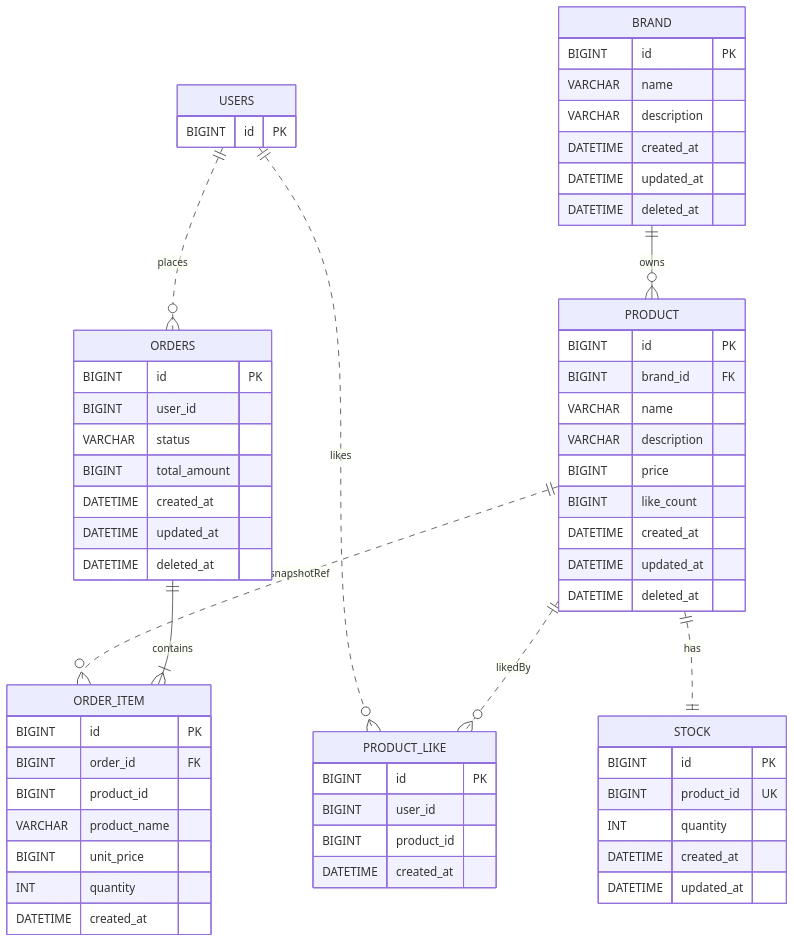
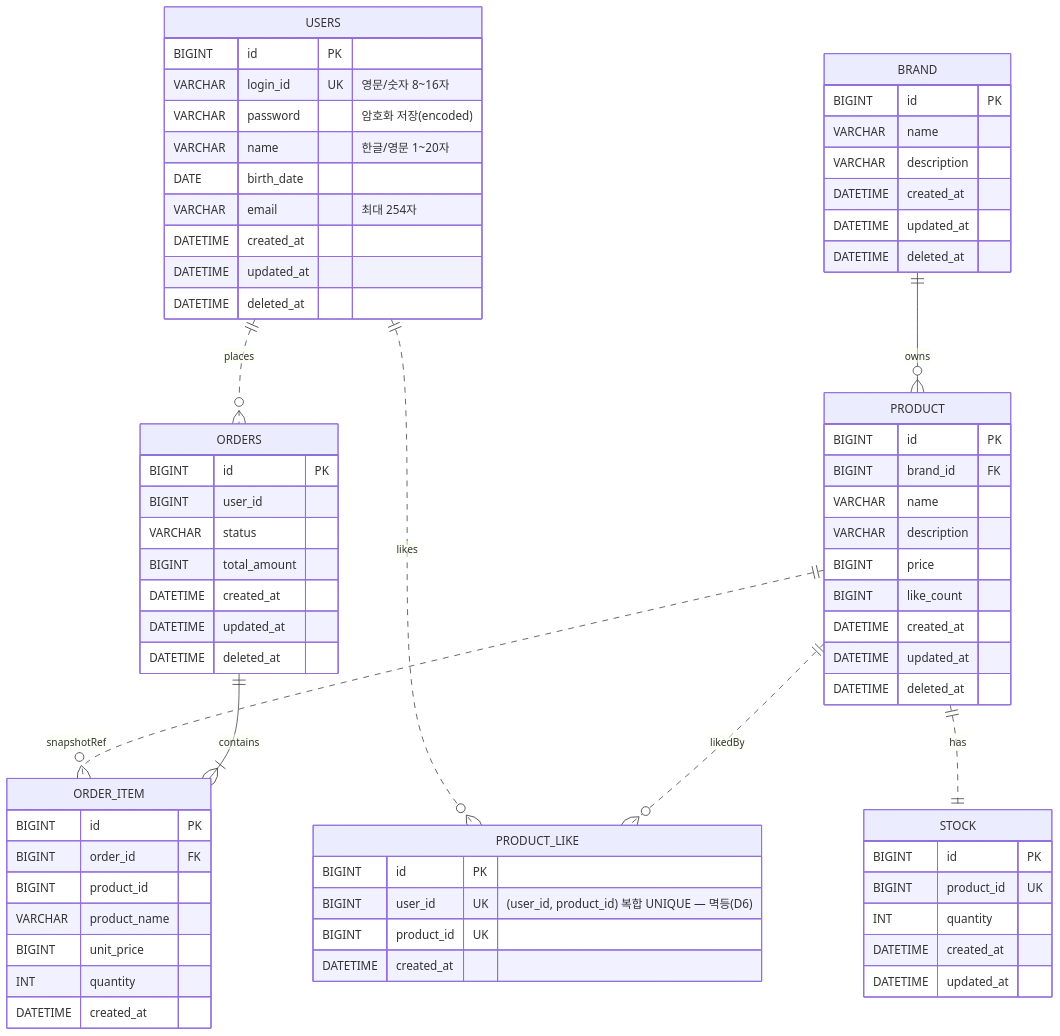
One commit to loopers-labs/loop-pack-be-l2-vol4-java changed the diagram in .docs/design/04-erd.md. Above: the diagram before and after it, drawn with Mermaid. The commit also changed other lines of this file and 2 other files, not shown here.

Commit message:
docs: Round 2 설계 문서 정합성 정리
- D13/D14: 재고(Stock) soft delete cascade 대상에서 제외, 라이프사이클은 Product 종속 명시
- D17 추가: 상품 목록 구매 가능 여부를 Stock product_id IN 일괄 조회 + Facade 합성으로 산출
- ERD: STOCK deleted_at 미보유 의도 명시, PRODUCT_LIKE 복합 UNIQUE 표기, USERS 스키마 상세화
- 시퀀스: 상품 목록 조회에 Stock 조회 단계 펼침, 추상화 레벨 라벨 정합

````diff
--- a/.docs/design/04-erd.md
+++ b/.docs/design/04-erd.md
@@ -6,74 +6,82 @@
 ```mermaid
 erDiagram
     %% ID 기반 논리 참조 (매핑 없음 — 크로스 애그리거트/외부/스냅샷)
     USERS ||..o{ ORDERS : places
     USERS ||..o{ PRODUCT_LIKE : likes
     PRODUCT ||..o{ PRODUCT_LIKE : likedBy
     PRODUCT ||..o{ ORDER_ITEM : snapshotRef
     PRODUCT ||..|| STOCK : has
 
     %% JPA 연관 매핑 유지 (논리 FK, 물리 제약 미설정 — D12)
     BRAND ||--o{ PRODUCT : owns
     ORDERS ||--|{ ORDER_ITEM : contains
 
-    %% USERS: 외부 컨텍스트(Round 1) — 관계 표현용 식별자만 표기
+    %% USERS: 외부 컨텍스트(Round 1 구현 완료) — 본 라운드 설계 범위 밖이나 관계 파악을 위해 실제 스키마를 표기
     USERS {
         BIGINT id PK
+        VARCHAR login_id UK "영문/숫자 8~16자"
+        VARCHAR password "암호화 저장(encoded)"
+        VARCHAR name "한글/영문 1~20자"
+        DATE birth_date
+        VARCHAR email "최대 254자"
+        DATETIME created_at
+        DATETIME updated_at
+        DATETIME deleted_at
     }
 
     BRAND {
         BIGINT id PK
         VARCHAR name
         VARCHAR description
         DATETIME created_at
         DATETIME updated_at
         DATETIME deleted_at
     }
 
     PRODUCT {
         BIGINT id PK
         BIGINT brand_id FK
         VARCHAR name
         VARCHAR description
         BIGINT price
         BIGINT like_count
         DATETIME created_at
         DATETIME updated_at
         DATETIME deleted_at
     }
 
     STOCK {
         BIGINT id PK
         BIGINT product_id UK
         INT quantity
         DATETIME created_at
         DATETIME updated_at
     }
 
     PRODUCT_LIKE {
         BIGINT id PK
-        BIGINT user_id
-        BIGINT product_id
+        BIGINT user_id UK "(user_id, product_id) 복합 UNIQUE — 멱등(D6)"
+        BIGINT product_id UK
         DATETIME created_at
     }
 
     ORDERS {
         BIGINT id PK
         BIGINT user_id
         VARCHAR status
         BIGINT total_amount
         DATETIME created_at
         DATETIME updated_at
         DATETIME deleted_at
     }
 
     ORDER_ITEM {
         BIGINT id PK
         BIGINT order_id FK
         BIGINT product_id
         VARCHAR product_name
         BIGINT unit_price
         INT quantity
         DATETIME created_at
     }
 ```
````
